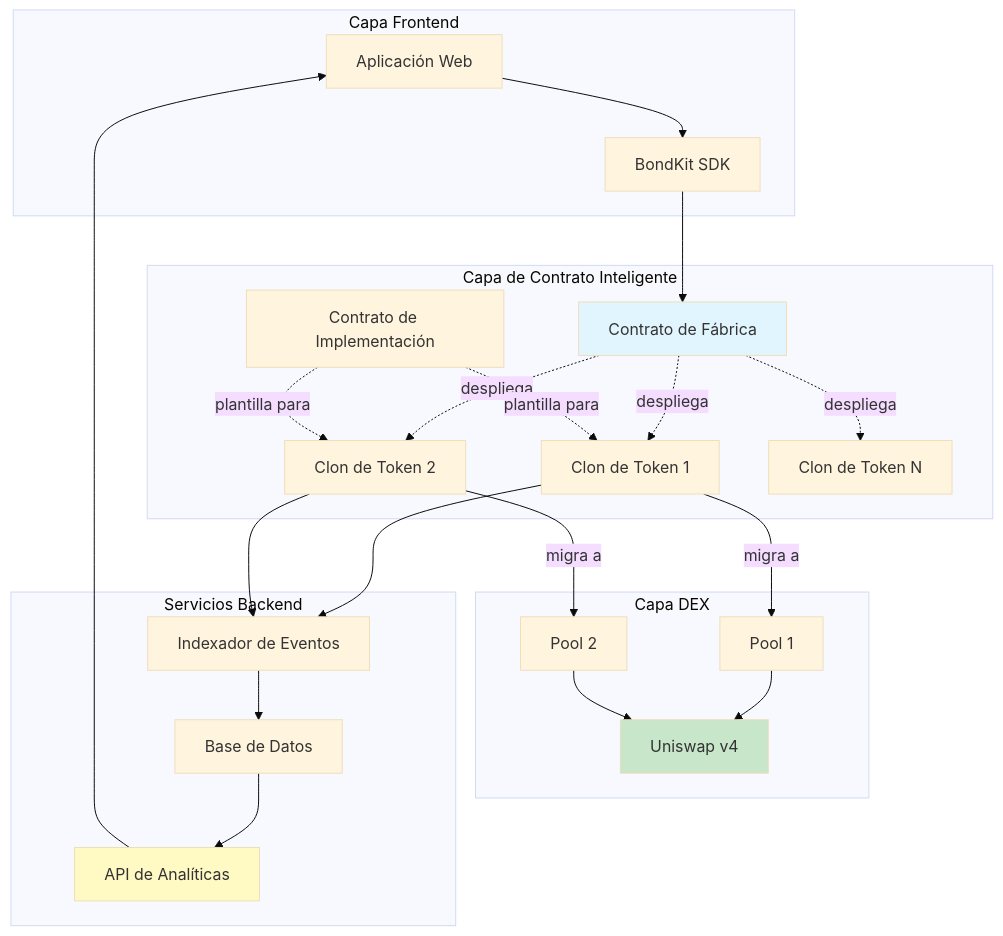
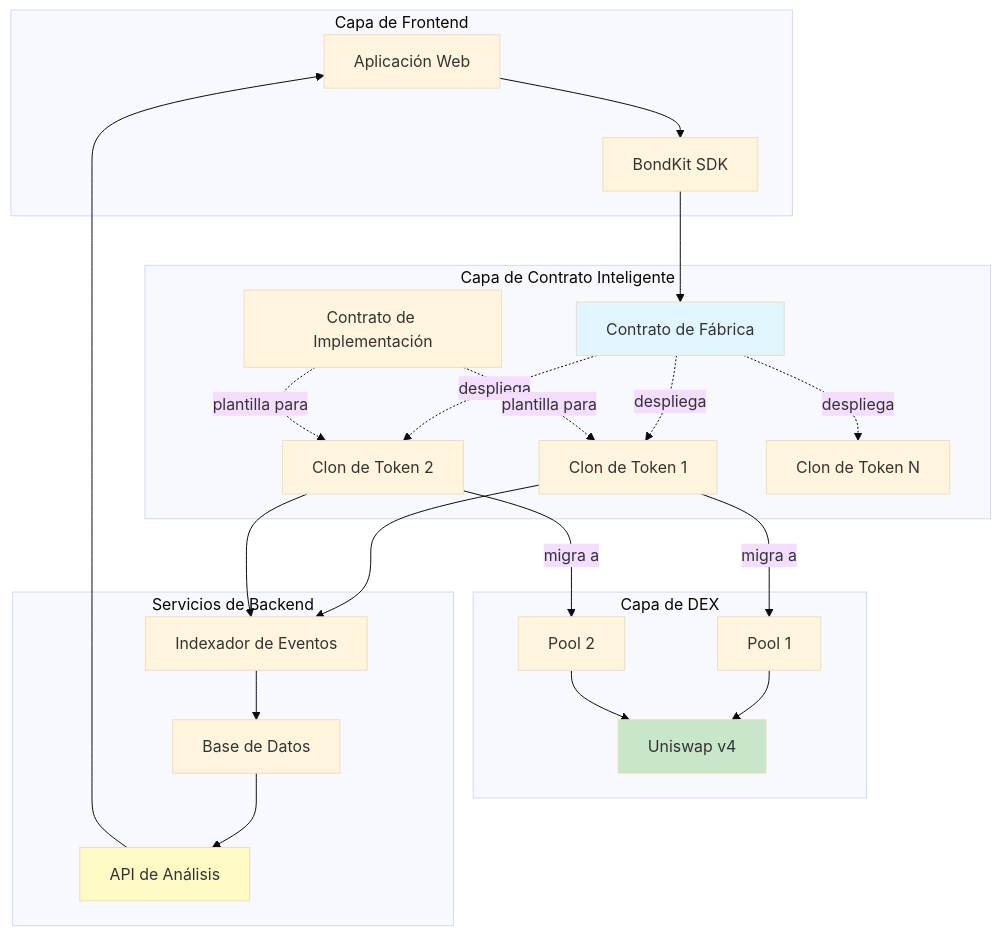
Before and after one commit to b3-fun/b3: the diagram in docs/es/bondkit/how-it-works.mdx, drawn with Mermaid (base theme). The commit also changed other lines of this file and 210 other files, not shown here.

````diff
--- a/docs/es/bondkit/how-it-works.mdx
+++ b/docs/es/bondkit/how-it-works.mdx
@@ -11,50 +11,50 @@
 ```mermaid
 graph TB
-    subgraph "Capa Frontend"
+    subgraph "Capa de Frontend"
         UI["Aplicación Web"]
         SDK["BondKit SDK"]
     end
     
     subgraph "Capa de Contrato Inteligente"
         Factory["Contrato de Fábrica"]
         Impl["Contrato de Implementación"]
         Token1["Clon de Token 1"]
         Token2["Clon de Token 2"]
         TokenN["Clon de Token N"]
     end
     
-    subgraph "Capa DEX"
+    subgraph "Capa de DEX"
         V4["Uniswap v4"]
         Pool1["Pool 1"]
         Pool2["Pool 2"]
     end
     
-    subgraph "Servicios Backend"
-        API["API de Analíticas"]
+    subgraph "Servicios de Backend"
+        API["API de Análisis"]
         DB["Base de Datos"]
         Indexer["Indexador de Eventos"]
     end
     
     UI --> SDK
     SDK --> Factory
     Factory -.->|despliega| Token1
     Factory -.->|despliega| Token2
     Factory -.->|despliega| TokenN
     Token1 -->|migra a| Pool1
     Token2 -->|migra a| Pool2
     Pool1 --> V4
     Pool2 --> V4
     
     Token1 --> Indexer
     Token2 --> Indexer
     Indexer --> DB
     DB --> API
     API --> UI
     
     Impl -.->|plantilla para| Token1
     Impl -.->|plantilla para| Token2
     
     style Factory fill:#e1f5fe
     style V4 fill:#c8e6c9
     style API fill:#fff9c4
 ```
````
